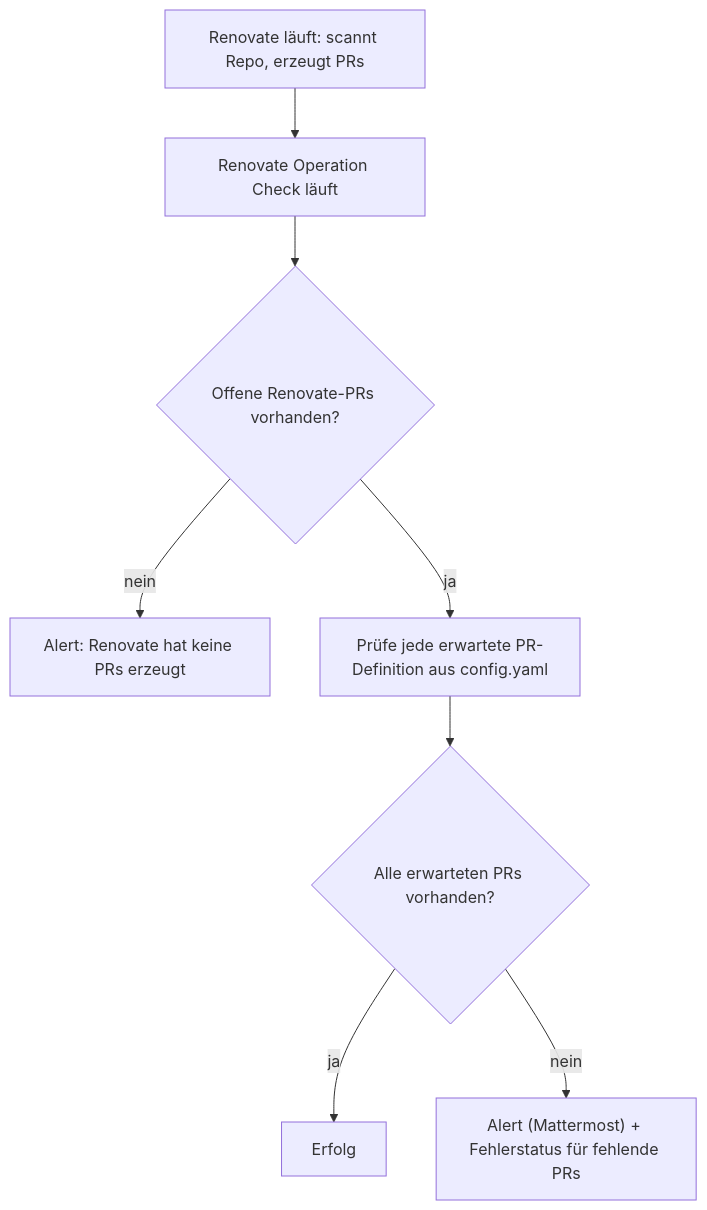
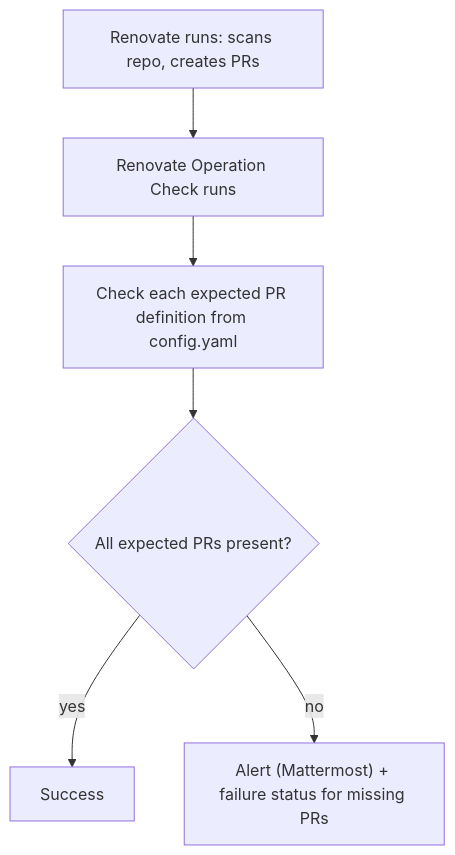
Before and after one commit to wurstbrot/renovate-operation-check: the diagram in README.md, drawn with Mermaid.

Commit message:
adjust diagram

````diff
--- a/README.md
+++ b/README.md
@@ -13,10 +13,8 @@
 ```mermaid
 flowchart TD
-    R["Renovate läuft: scannt Repo, erzeugt PRs"] --> C["Renovate Operation Check läuft"]
-    C --> F{"Offene Renovate-PRs vorhanden?"}
-    F -- nein --> A1["Alert: Renovate hat keine PRs erzeugt"]
-    F -- ja --> L["Prüfe jede erwartete PR-Definition aus config.yaml"]
-    L --> D{"Alle erwarteten PRs vorhanden?"}
-    D -- ja --> OK["Erfolg"]
-    D -- nein --> A2["Alert (Mattermost) + Fehlerstatus für fehlende PRs"]
+    R["Renovate runs: scans repo, creates PRs"] --> C["Renovate Operation Check runs"]
+    C --> L["Check each expected PR definition from config.yaml"]
+    L --> D{"All expected PRs present?"}
+    D -- yes --> OK["Success"]
+    D -- no --> A2["Alert (Mattermost) + failure status for missing PRs"]
 ```
````
